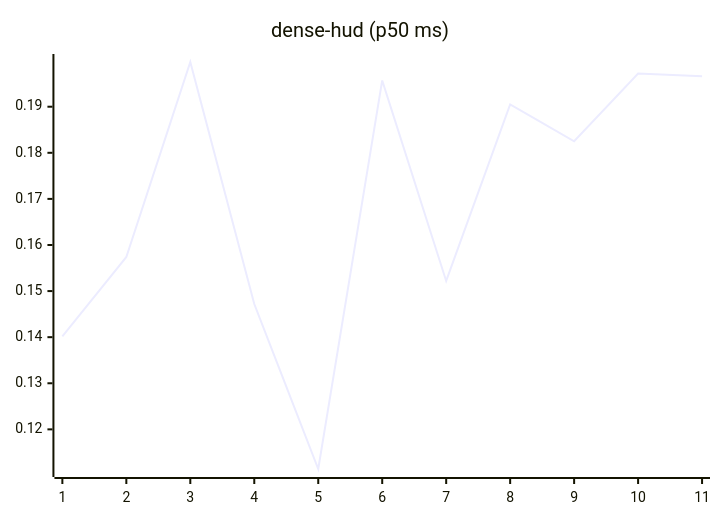
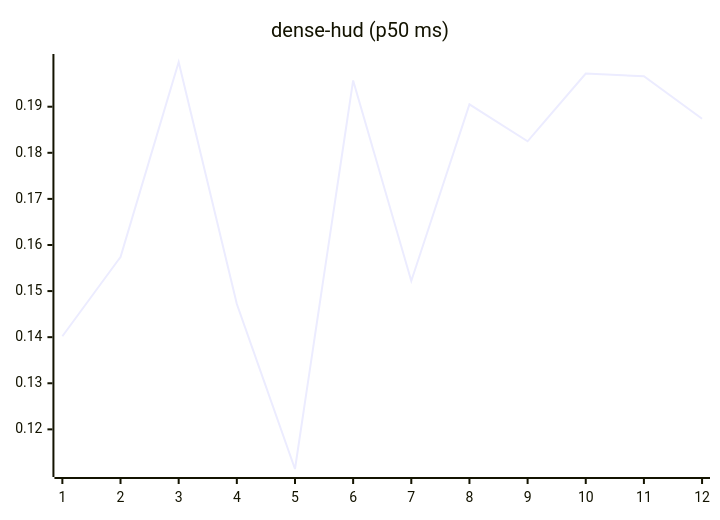
The eighth of 27 diagrams in README.md (josha/Facet), drawn with Mermaid before and after one commit. The commit also changed other lines of this file and 2 other files, not shown here.

````diff
--- a/README.md
+++ b/README.md
@@ -112,6 +112,6 @@
 ```mermaid
 xychart-beta
     title "dense-hud (p50 ms)"
-    x-axis 1 --> 11
-    line [0.1402, 0.1574, 0.1997, 0.1472, 0.1114, 0.1957, 0.1522, 0.1905, 0.1825, 0.1972, 0.1966]
+    x-axis 1 --> 12
+    line [0.1402, 0.1574, 0.1997, 0.1472, 0.1114, 0.1957, 0.1522, 0.1905, 0.1825, 0.1972, 0.1966, 0.1874]
 ```
````
